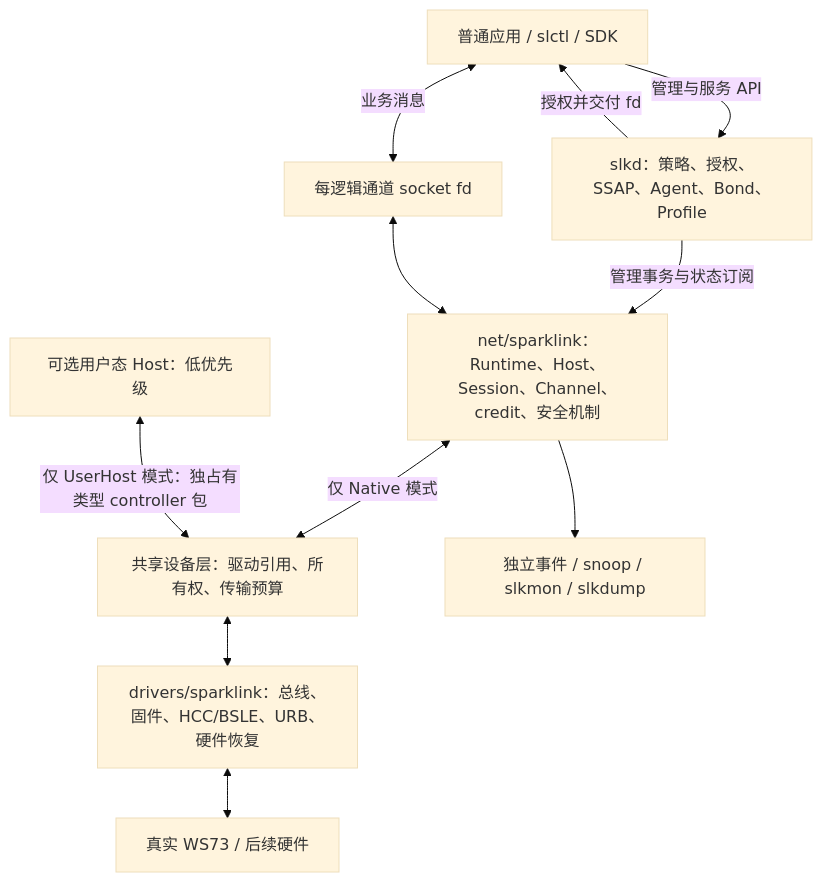
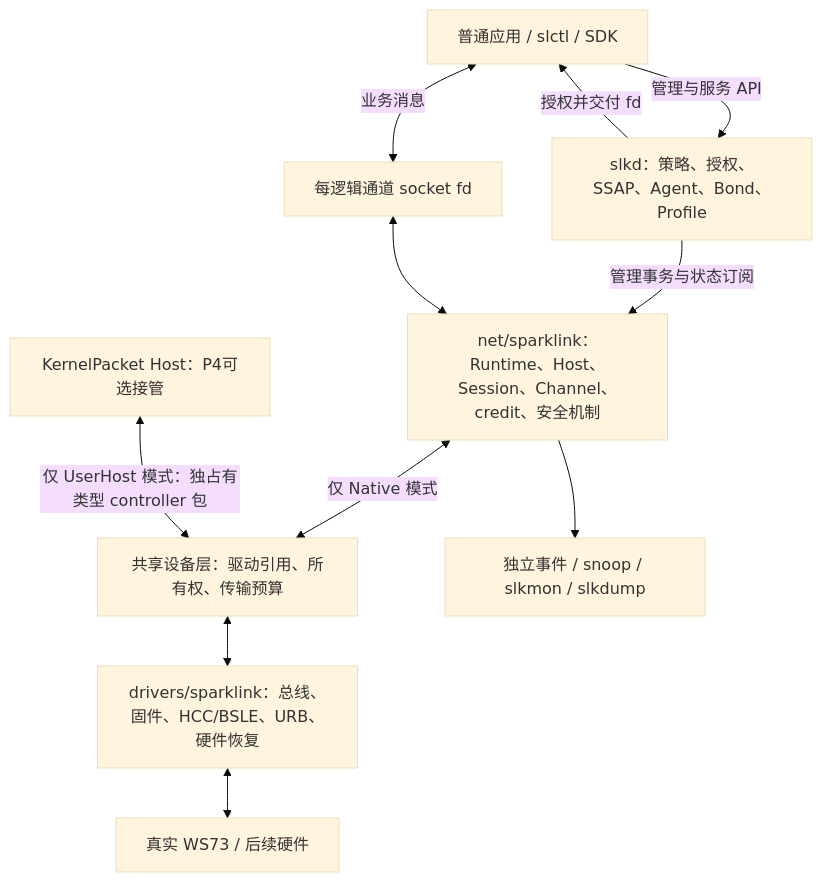
One commit to OpenSparklink/sparklink changed the first of 3 diagrams in project/architecture.md. Above: the diagram before and after it, drawn with Mermaid (base theme). The commit also changed other lines of this file and 4 other files, not shown here.

````diff
--- a/project/architecture.md
+++ b/project/architecture.md
@@ -119,22 +345,22 @@
 ```mermaid
 flowchart TB
     App[普通应用 / slctl / SDK]
     Daemon[slkd：策略、授权、SSAP、Agent、Bond、Profile]
     Sock[每逻辑通道 socket fd]
     Core[net/sparklink：Runtime、Host、Session、Channel、credit、安全机制]
     Driver[drivers/sparklink：总线、固件、HCC/BSLE、URB、硬件恢复]
     Hw[真实 WS73 / 后续硬件]
-    User[可选用户态 Host：低优先级]
+    User[KernelPacket Host：P4可选接管]
     Device[共享设备层：驱动引用、所有权、传输预算]
     Observe[独立事件 / snoop / slkmon / slkdump]
     App -->|管理与服务 API| Daemon
     Daemon -->|管理事务与状态订阅| Core
     Daemon -->|授权并交付 fd| App
     App <-->|业务消息| Sock
     Sock <--> Core
     Core <-->|仅 Native 模式| Device
     Device <--> Driver
     Driver <--> Hw
     User <-->|仅 UserHost 模式：独占有类型 controller 包| Device
     Core --> Observe
 ```
````
